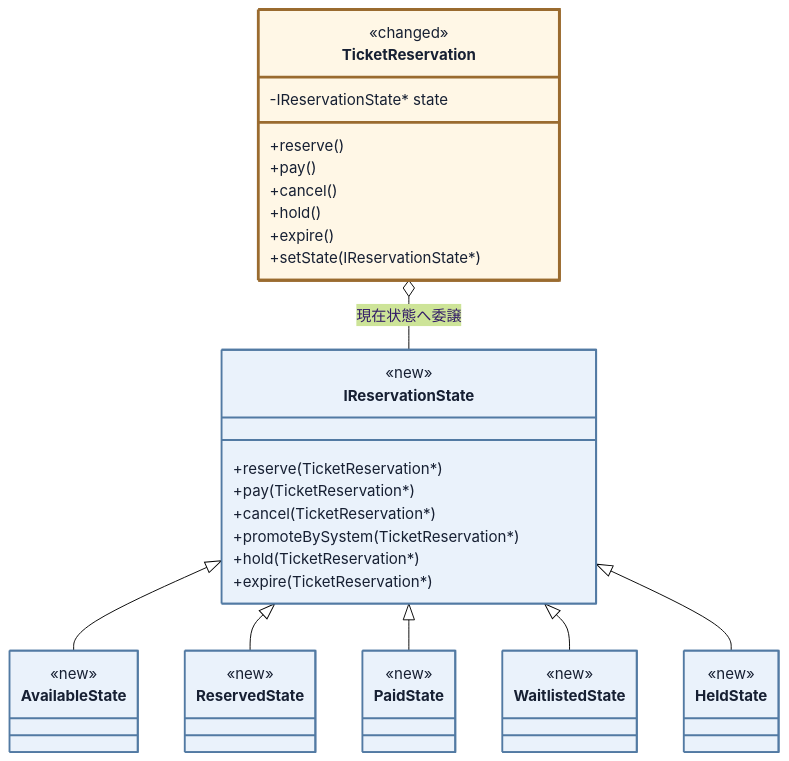
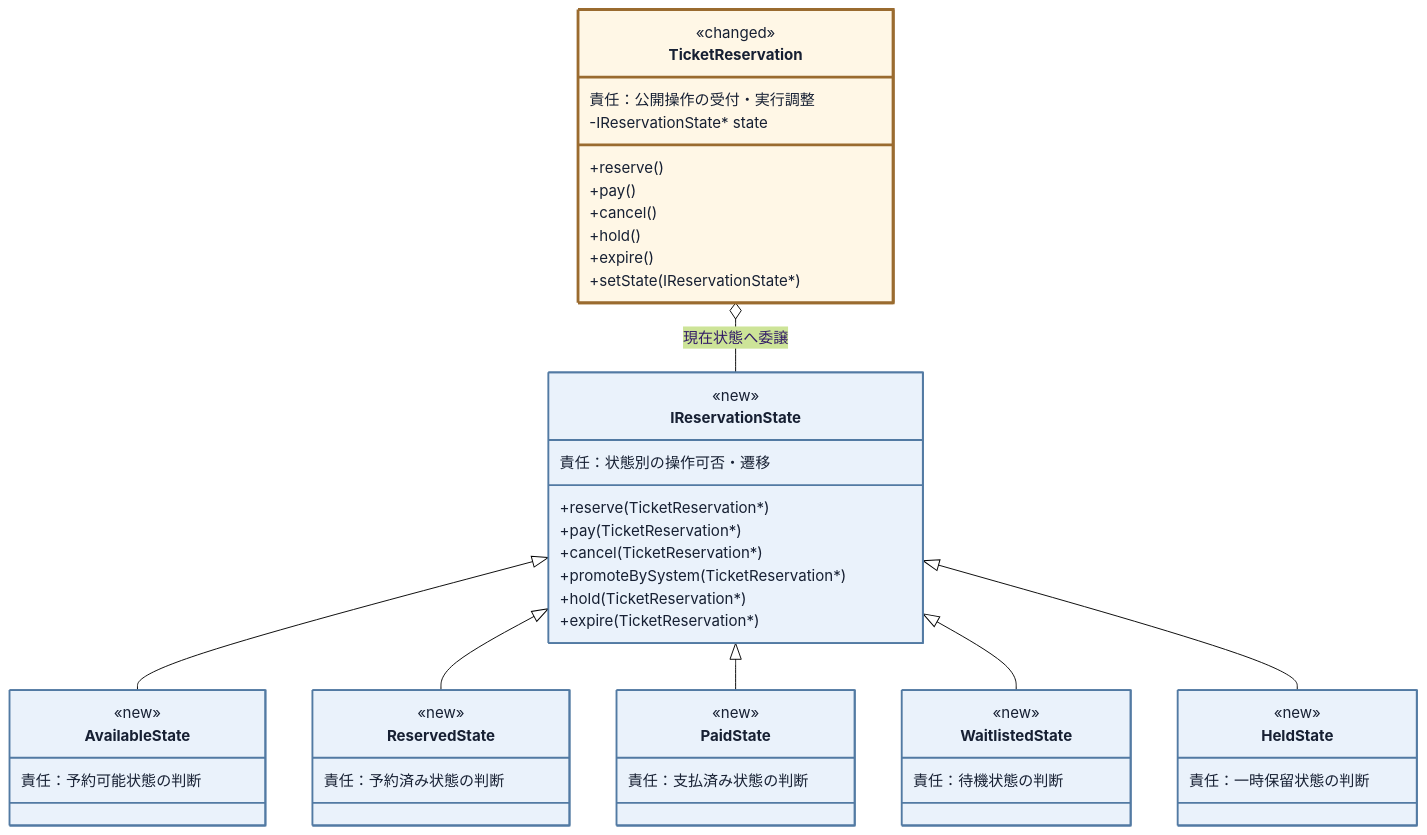
Diagram 20 of 26 in kindle/design-patterns/books/volume01-core-patterns/output/04-chapter02.md (kumachan1101-pixel/DesignPattern), drawn with Mermaid (forest theme) before and after one commit. The commit also changed other lines of this file and 12 other files, not shown here.

````diff
--- a/kindle/design-patterns/books/volume01-core-patterns/output/04-chapter02.md
+++ b/kindle/design-patterns/books/volume01-core-patterns/output/04-chapter02.md
@@ -1992,47 +1975,54 @@
 ```mermaid
 classDiagram
     direction TB
     class TicketReservation:::touched {
         <<changed>>
+        責任：公開操作の受付・実行調整
         -IReservationState* state
         +reserve()
         +pay()
         +cancel()
         +hold()
         +expire()
         +setState(IReservationState*)
     }
     class IReservationState:::added {
         <<new>>
+        責任：状態別の操作可否・遷移
         +reserve(TicketReservation*)
         +pay(TicketReservation*)
         +cancel(TicketReservation*)
         +promoteBySystem(TicketReservation*)
         +hold(TicketReservation*)
         +expire(TicketReservation*)
     }
     class AvailableState:::added {
         <<new>>
+        責任：予約可能状態の判断
     }
     class ReservedState:::added {
         <<new>>
+        責任：予約済み状態の判断
     }
     class PaidState:::added {
         <<new>>
+        責任：支払済み状態の判断
     }
     class WaitlistedState:::added {
         <<new>>
+        責任：待機状態の判断
     }
     class HeldState:::added {
         <<new>>
+        責任：一時保留状態の判断
     }
     TicketReservation o-- IReservationState : 現在状態へ委譲
     IReservationState <|-- AvailableState
     IReservationState <|-- ReservedState
     IReservationState <|-- PaidState
     IReservationState <|-- WaitlistedState
     IReservationState <|-- HeldState
 
     classDef added fill:#eaf2fb,stroke:#527aa3,stroke-width:2px,color:#172033;
     classDef touched fill:#fff7e6,stroke:#9a6b2f,stroke-width:3px,color:#172033;
 ```
````
